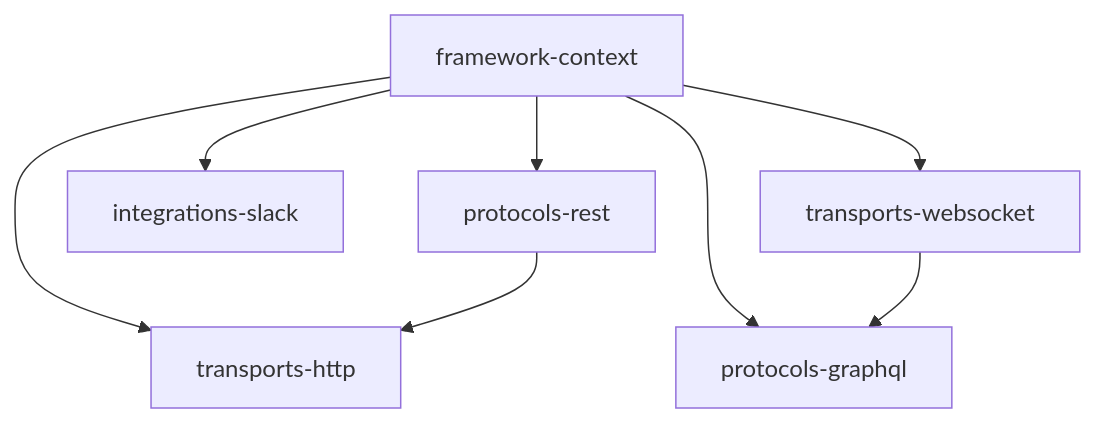
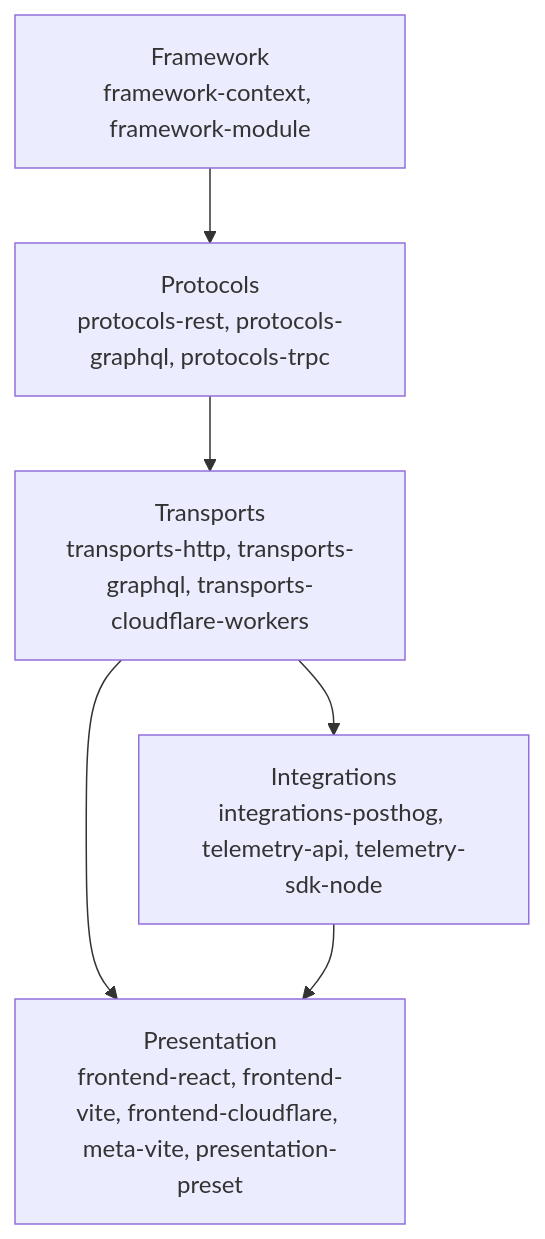
The diagram in packages/docs/src/content/docs/en/guides/architecture.mdx (croco-dev/framework), drawn with Mermaid before and after one commit. The commit also changed other lines of this file and 4 other files, not shown here.

Commit message:
fix: align architecture docs with package catalog

````diff
--- a/packages/docs/src/content/docs/en/guides/architecture.mdx
+++ b/packages/docs/src/content/docs/en/guides/architecture.mdx
@@ -16,14 +16,14 @@
 ```mermaid
 flowchart TD
-  frameworkContext[framework-context]
+  framework[Framework<br/>framework-context, framework-module]
+  protocols[Protocols<br/>protocols-rest, protocols-graphql, protocols-trpc]
+  transports[Transports<br/>transports-http, transports-graphql, transports-cloudflare-workers]
+  integrations[Integrations<br/>integrations-posthog, telemetry-api, telemetry-sdk-node]
+  presentation[Presentation<br/>frontend-react, frontend-vite, frontend-cloudflare, meta-vite, presentation-preset]
 
-  frameworkContext --> protocolsRest[protocols-rest]
-  frameworkContext --> protocolsGraphql[protocols-graphql]
-  frameworkContext --> integrationsSlack[integrations-slack]
-
-  frameworkContext --> transportsHttp[transports-http]
-  frameworkContext --> transportsWebsocket[transports-websocket]
-
-  protocolsRest --> transportsHttp
-  transportsWebsocket --> protocolsGraphql
+  framework --> protocols
+  protocols --> transports
+  transports --> integrations
+  transports --> presentation
+  integrations --> presentation
 ```
````
